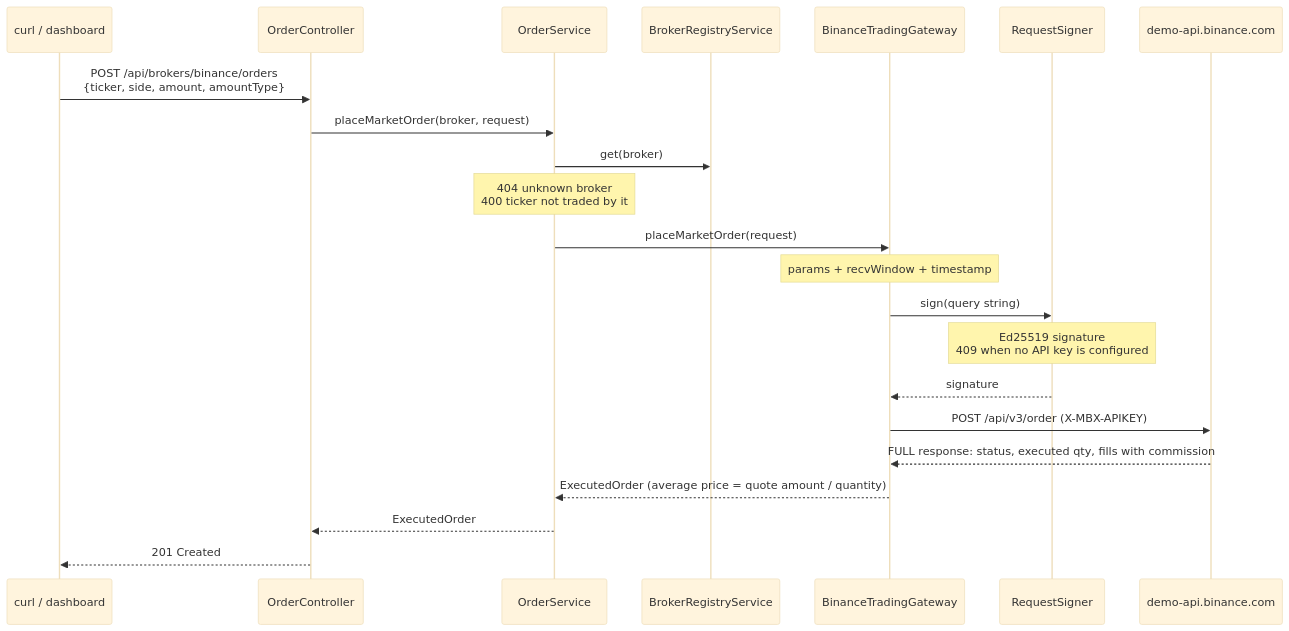
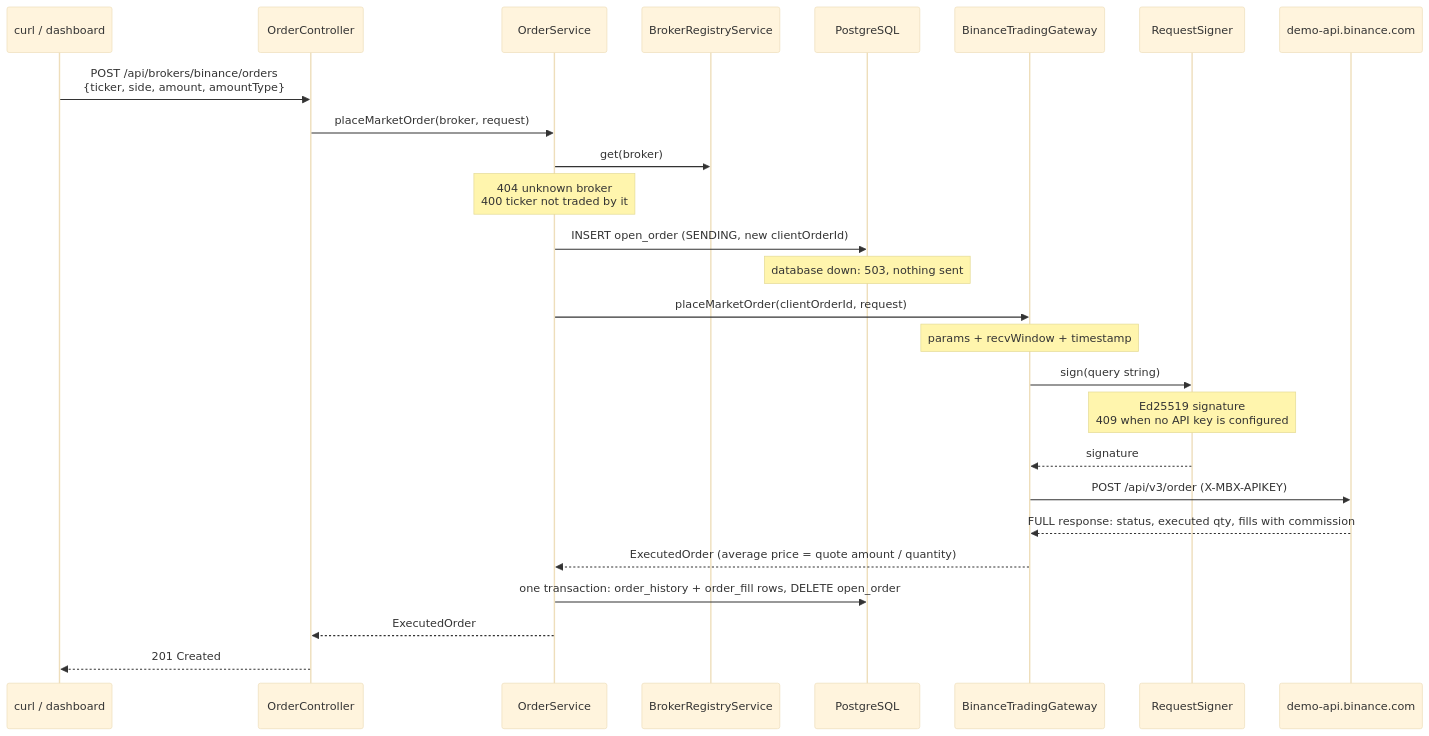
Before and after one commit to ShadowOfDiablo/t212-coding-task: diagram 11 of 20 in docs/ARCHITECTURE.md, drawn with Mermaid (base theme). The commit also changed other lines of this file and 16 other files, not shown here.

First line of the commit message:
Store each order before sending it and settle it afterwards (#12)

````diff
--- a/docs/ARCHITECTURE.md
+++ b/docs/ARCHITECTURE.md
@@ -416,25 +417,29 @@
 ```mermaid
 sequenceDiagram
     participant C as curl / dashboard
     participant API as OrderController
     participant S as OrderService
     participant R as BrokerRegistryService
+    participant D as PostgreSQL
     participant G as BinanceTradingGateway
     participant K as RequestSigner
     participant B as demo-api.binance.com
 
     C->>API: POST /api/brokers/binance/orders<br/>{ticker, side, amount, amountType}
     API->>S: placeMarketOrder(broker, request)
     S->>R: get(broker)
     Note over S: 404 unknown broker<br/>400 ticker not traded by it
-    S->>G: placeMarketOrder(request)
+    S->>D: INSERT open_order (SENDING, new clientOrderId)
+    Note over D: database down: 503, nothing sent
+    S->>G: placeMarketOrder(clientOrderId, request)
     Note over G: params + recvWindow + timestamp
     G->>K: sign(query string)
     Note over K: Ed25519 signature<br/>409 when no API key is configured
     K-->>G: signature
     G->>B: POST /api/v3/order (X-MBX-APIKEY)
     B-->>G: FULL response: status, executed qty, fills with commission
     G-->>S: ExecutedOrder (average price = quote amount / quantity)
+    S->>D: one transaction: order_history + order_fill rows, DELETE open_order
     S-->>API: ExecutedOrder
     API-->>C: 201 Created
 ```
````
